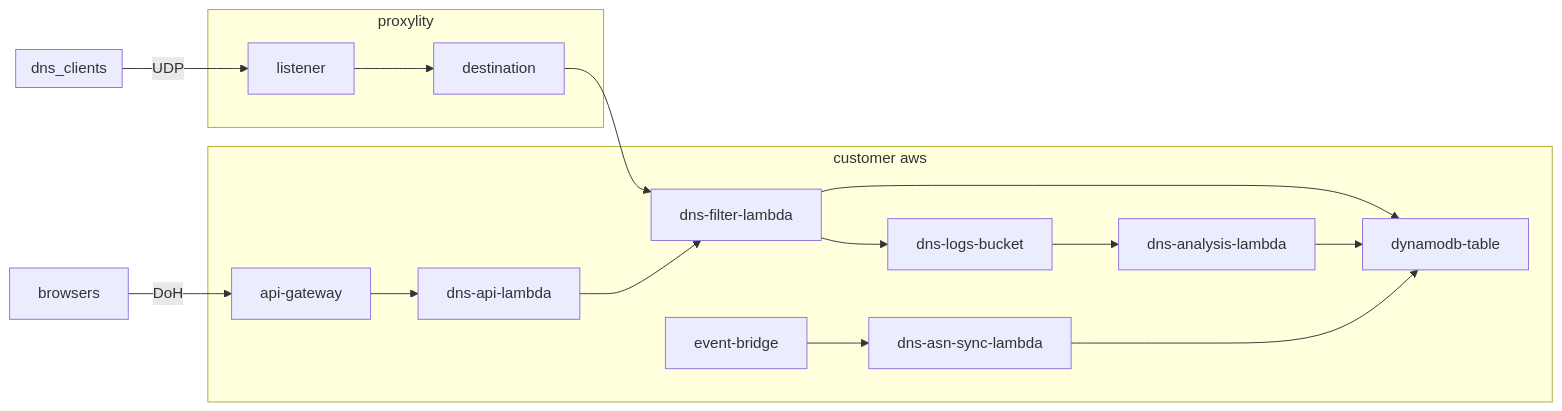
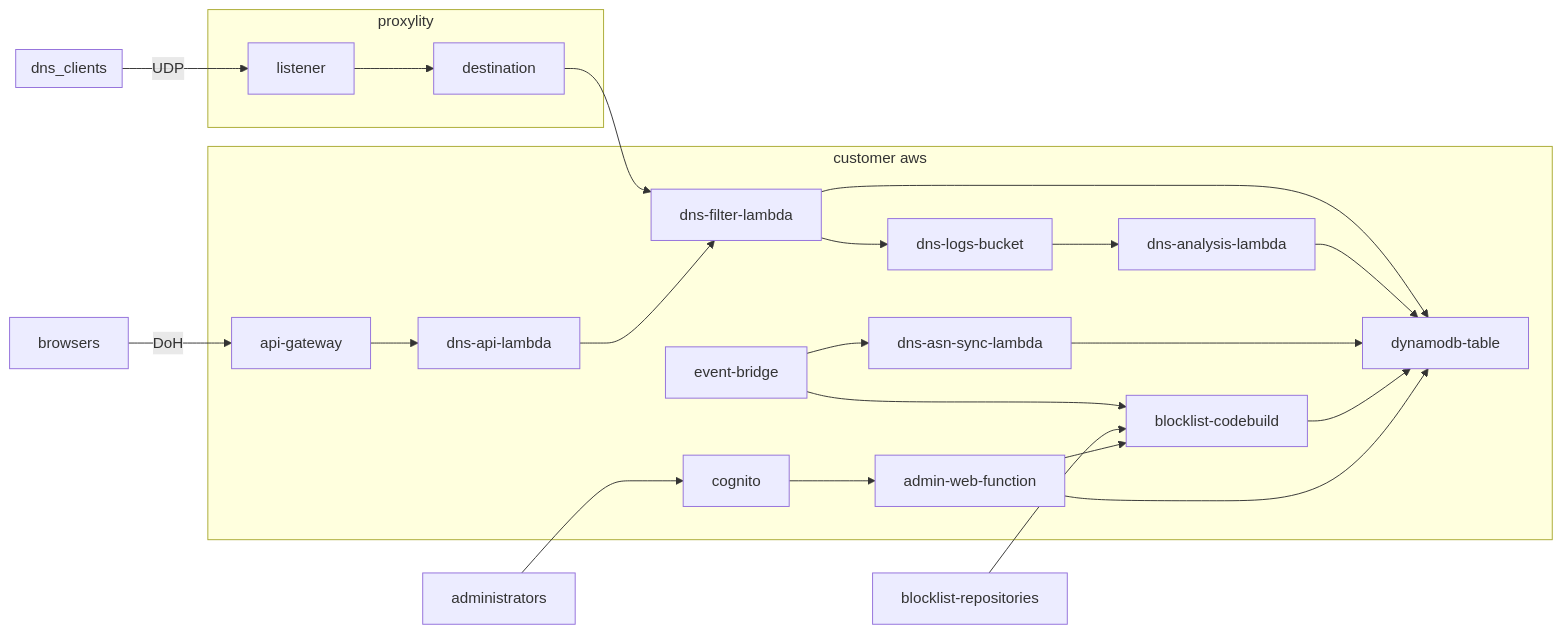
One commit to proxylity/examples changed the diagram in dns-filter/readme.md. Above: the diagram before and after it, drawn with Mermaid. The commit also changed other lines of this file and 48 other files, not shown here.

````diff
--- a/dns-filter/readme.md
+++ b/dns-filter/readme.md
@@ -56,30 +29,37 @@
 ```mermaid
 graph LR
 
 subgraph dns_clients
 
 end
 
 subgraph proxylity
 listener
 destination
 end
 
 subgraph customer aws
 api-gateway
 dns-api-lambda
 dns-filter-lambda
 dynamodb-table
 event-bridge
 dns-logs-bucket
 dns-analysis-lambda
 dns-asn-sync-lambda
+blocklist-codebuild
+admin-web-function
+cognito
 end
 
 dns_clients--UDP-->listener-->destination-->dns-filter-lambda
 browsers--DoH-->api-gateway-->dns-api-lambda-->dns-filter-lambda
 dns-filter-lambda-->dynamodb-table
 dns-analysis-lambda-->dynamodb-table
 dns-filter-lambda-->dns-logs-bucket-->dns-analysis-lambda
 event-bridge-->dns-asn-sync-lambda--->dynamodb-table
+event-bridge-->blocklist-codebuild-->dynamodb-table
+blocklist-repositories-->blocklist-codebuild
+administrators-->cognito-->admin-web-function-->dynamodb-table
+admin-web-function-->blocklist-codebuild
 ```
````
